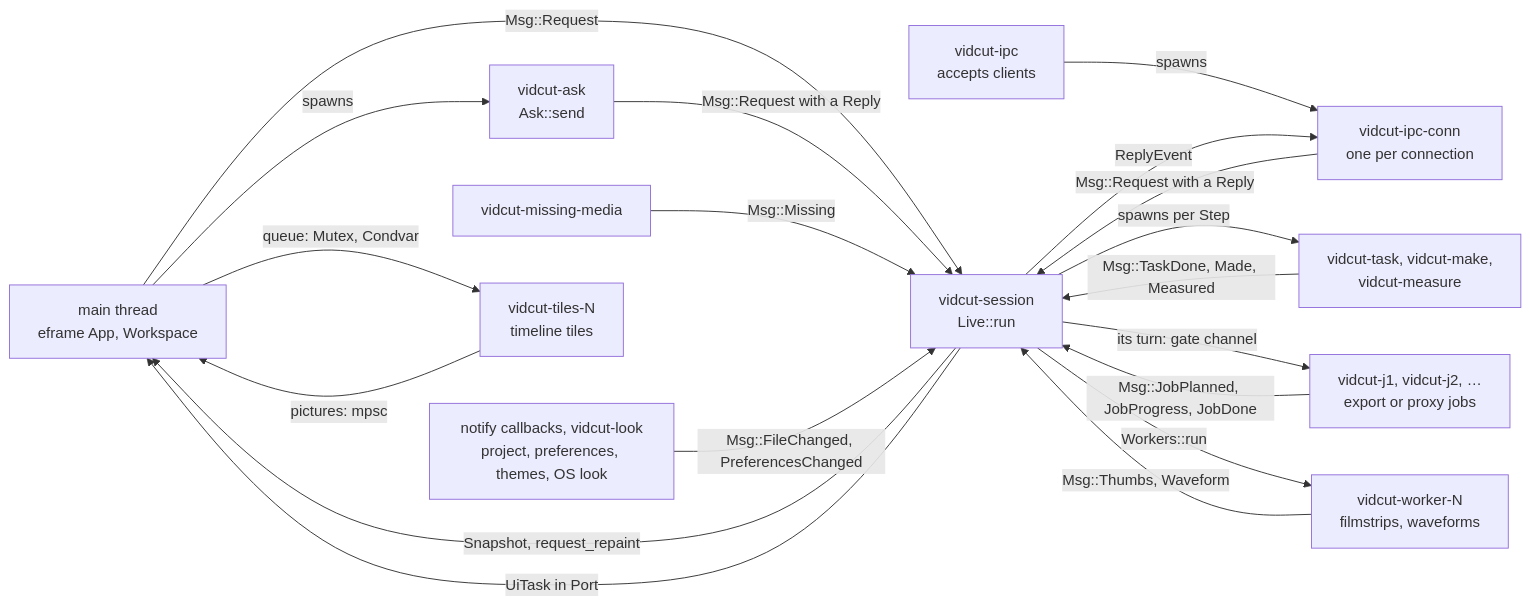
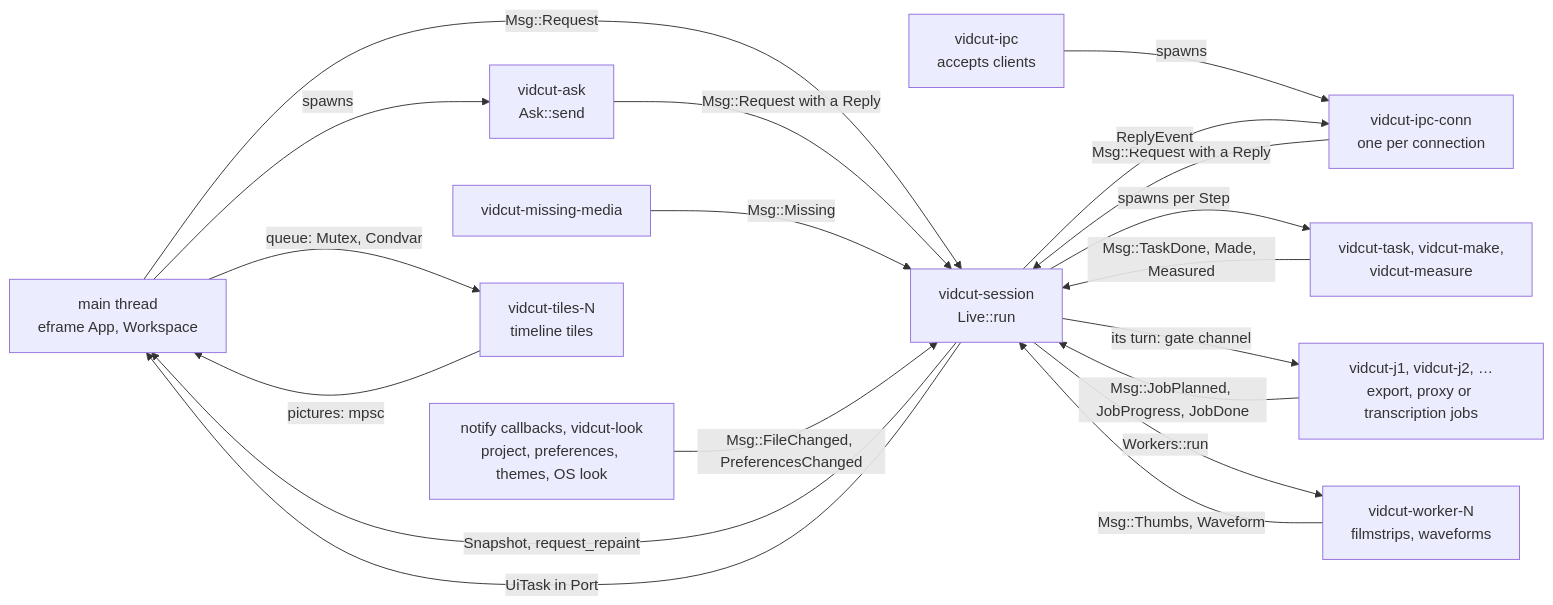
The first of 3 diagrams in docs/design/live.md (oittaa/vidcut), drawn with Mermaid before and after one commit. The commit also changed other lines of this file and 37 other files, not shown here.

````diff
--- a/docs/design/live.md
+++ b/docs/design/live.md
@@ -7,33 +7,33 @@
 ```mermaid
 flowchart LR
   UI["main thread<br>eframe App, Workspace"]
   S["vidcut-session<br>Live::run"]
   ASK["vidcut-ask<br>Ask::send"]
   IPC["vidcut-ipc<br>accepts clients"]
   CONN["vidcut-ipc-conn<br>one per connection"]
   STEP["vidcut-task, vidcut-make,<br>vidcut-measure"]
-  JOB["vidcut-j1, vidcut-j2, …<br>export or proxy jobs"]
+  JOB["vidcut-j1, vidcut-j2, …<br>export, proxy or transcription jobs"]
   WORK["vidcut-worker-N<br>filmstrips, waveforms"]
   MISS["vidcut-missing-media"]
   WATCH["notify callbacks, vidcut-look<br>project, preferences, themes, OS look"]
   TILES["vidcut-tiles-N<br>timeline tiles"]
 
   UI -->|"Msg::Request"| S
   S -->|"Snapshot, request_repaint"| UI
   S -->|"UiTask in Port"| UI
   UI -->|"spawns"| ASK
   ASK -->|"Msg::Request with a Reply"| S
   IPC -->|"spawns"| CONN
   CONN -->|"Msg::Request with a Reply"| S
   S -->|"ReplyEvent"| CONN
   S -->|"spawns per Step"| STEP
   STEP -->|"Msg::TaskDone, Made, Measured"| S
   S -->|"its turn: gate channel"| JOB
   JOB -->|"Msg::JobPlanned, JobProgress, JobDone"| S
   S -->|"Workers::run"| WORK
   WORK -->|"Msg::Thumbs, Waveform"| S
   MISS -->|"Msg::Missing"| S
   WATCH -->|"Msg::FileChanged, PreferencesChanged"| S
   UI -->|"queue: Mutex, Condvar"| TILES
   TILES -->|"pictures: mpsc"| UI
 ```
````
